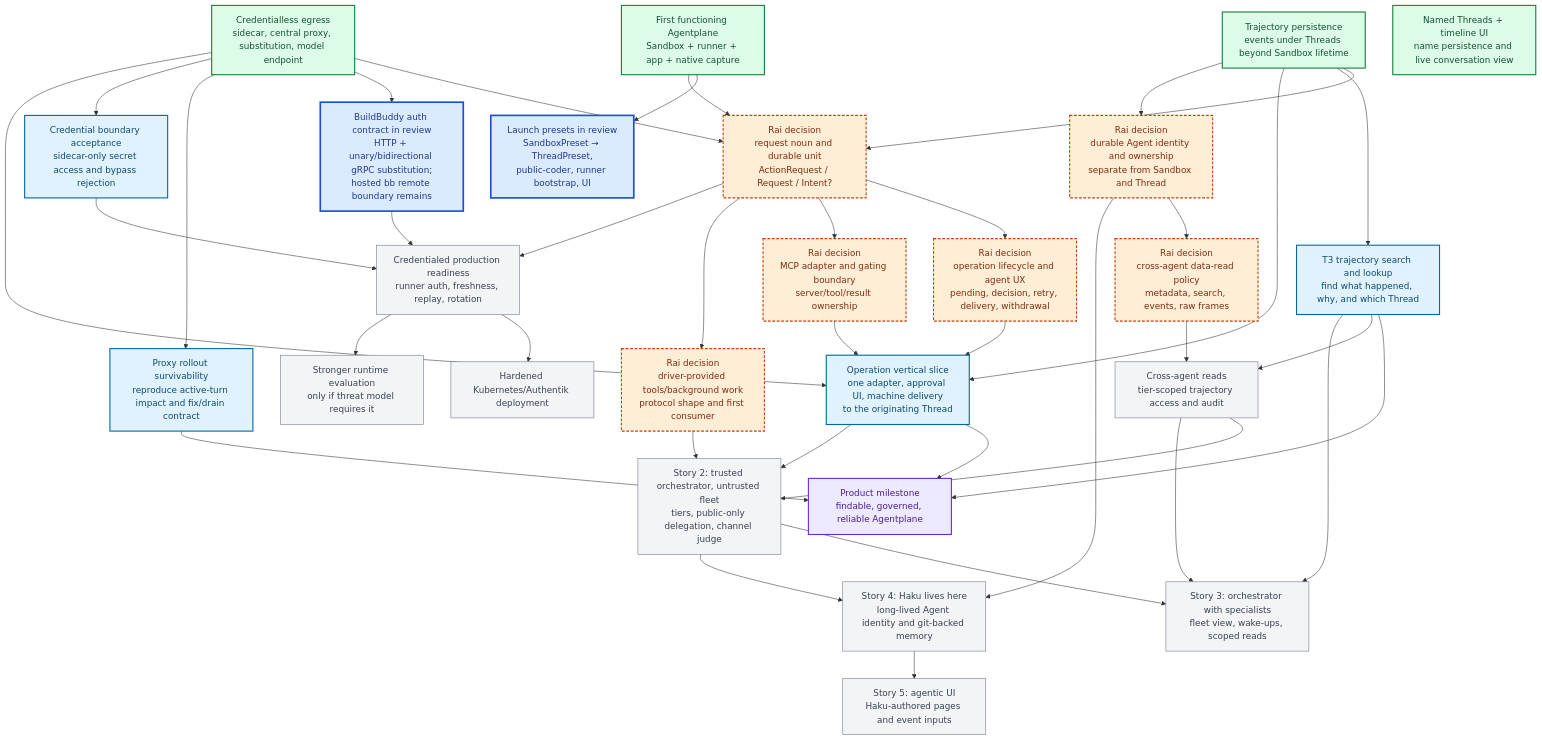
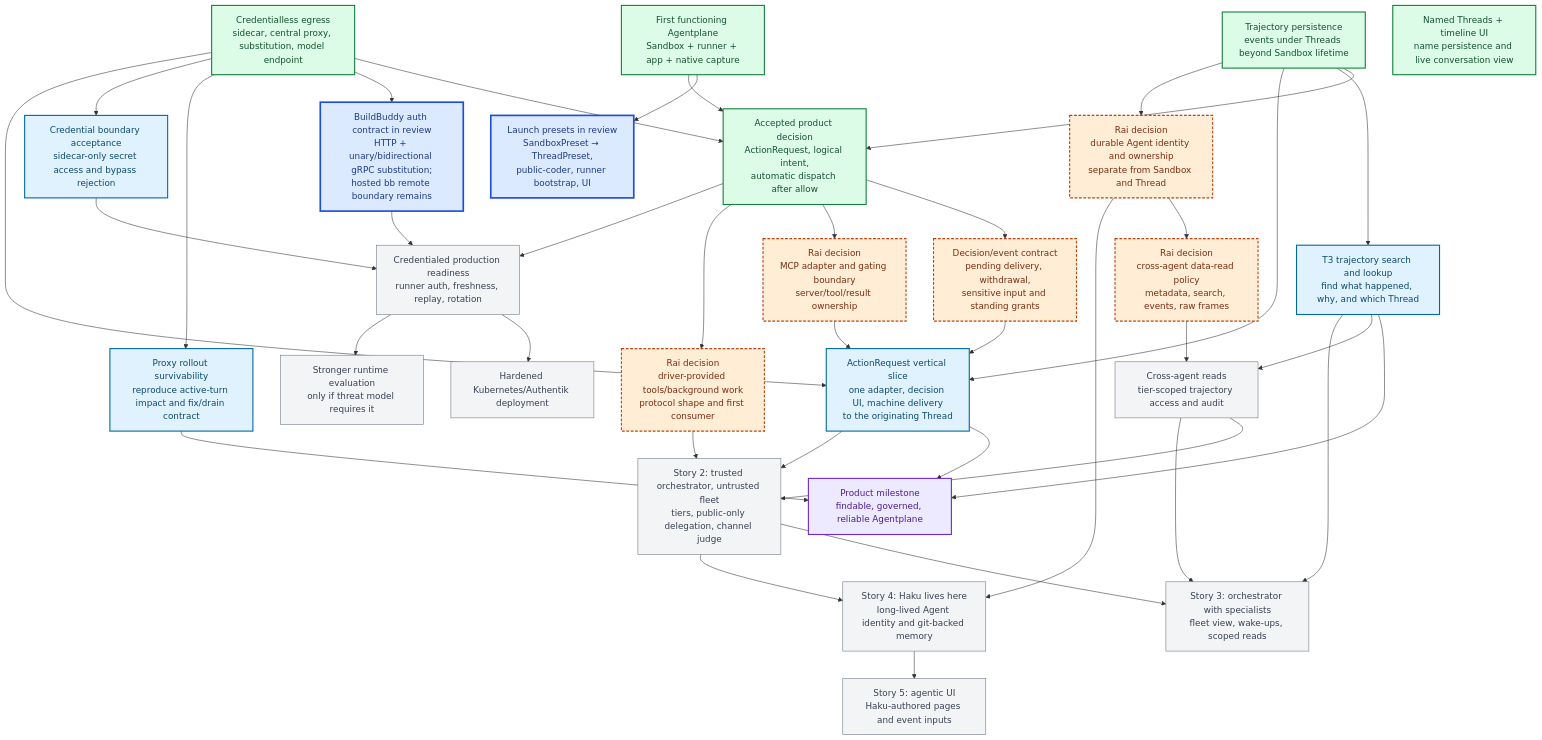
The diagram in x/agentplane/plans/task_dag.md (agentydragon/ducktape), drawn with Mermaid before and after one commit. The commit also changed other lines of this file and 1 other file, not shown here.

First line of the commit message:
docs(agentplane): record ActionRequest v0 decisions (#5655)

````diff
--- a/x/agentplane/plans/task_dag.md
+++ b/x/agentplane/plans/task_dag.md
@@ -51,77 +51,77 @@
 ```mermaid
 flowchart TB
     classDef completed fill:#dcfce7,stroke:#15803d,color:#14532d,stroke-width:2px
     classDef active fill:#dbeafe,stroke:#1d4ed8,color:#1e3a8a,stroke-width:3px
     classDef ready fill:#e0f2fe,stroke:#0369a1,color:#0c4a6e,stroke-width:2px
     classDef milestone fill:#ede9fe,stroke:#6d28d9,color:#4c1d95,stroke-width:2px
     classDef decision fill:#ffedd5,stroke:#c2410c,color:#7c2d12,stroke-width:2px,stroke-dasharray:5 3
     classDef future fill:#f3f4f6,stroke:#6b7280,color:#374151
 
     F0["First functioning Agentplane<br/>Sandbox + runner + app + native capture"]:::completed
     J["Credentialless egress<br/>sidecar, central proxy, substitution, model endpoint"]:::completed
     T1["Trajectory persistence<br/>events under Threads beyond Sandbox lifetime"]:::completed
     T2["Named Threads + timeline UI<br/>name persistence and live conversation view"]:::completed
 
     LP["Launch presets in review<br/>SandboxPreset → ThreadPreset,<br/>public-coder, runner bootstrap, UI"]:::active
     BB["BuildBuddy auth contract in review<br/>HTTP + unary/bidirectional gRPC substitution;<br/>hosted bb remote boundary remains"]:::active
 
-    OPD["Rai decision<br/>request noun and durable unit<br/>ActionRequest / Request / Intent?"]:::decision
-    OPS["Rai decision<br/>operation lifecycle and agent UX<br/>pending, decision, retry, delivery, withdrawal"]:::decision
+    OPD["Accepted product decision<br/>ActionRequest, logical intent,<br/>automatic dispatch after allow"]:::completed
+    OPS["Decision/event contract<br/>pending delivery, withdrawal,<br/>sensitive input and standing grants"]:::decision
     MCPD["Rai decision<br/>MCP adapter and gating boundary<br/>server/tool/result ownership"]:::decision
-    OPI["Operation vertical slice<br/>one adapter, approval UI, machine delivery<br/>to the originating Thread"]:::ready
+    OPI["ActionRequest vertical slice<br/>one adapter, decision UI, machine delivery<br/>to the originating Thread"]:::ready
 
     T3["T3 trajectory search and lookup<br/>find what happened, why, and which Thread"]:::ready
     PR["Proxy rollout survivability<br/>reproduce active-turn impact and fix/drain contract"]:::ready
     SEC["Credential boundary acceptance<br/>sidecar-only secret access and bypass rejection"]:::ready
 
     AGD["Rai decision<br/>durable Agent identity and ownership<br/>separate from Sandbox and Thread"]:::decision
     DATAD["Rai decision<br/>cross-agent data-read policy<br/>metadata, search, events, raw frames"]:::decision
     XREAD["Cross-agent reads<br/>tier-scoped trajectory access and audit"]:::future
 
     DT["Rai decision<br/>driver-provided tools/background work<br/>protocol shape and first consumer"]:::decision
     N["Story 2: trusted orchestrator, untrusted fleet<br/>tiers, public-only delegation, channel judge"]:::future
     O["Story 3: orchestrator with specialists<br/>fleet view, wake-ups, scoped reads"]:::future
     HK["Story 4: Haku lives here<br/>long-lived Agent identity and git-backed memory"]:::future
     UI["Story 5: agentic UI<br/>Haku-authored pages and event inputs"]:::future
     L["Credentialed production readiness<br/>runner auth, freshness, replay, rotation"]:::future
     V["Stronger runtime evaluation<br/>only if threat model requires it"]:::future
     W["Hardened Kubernetes/Authentik deployment"]:::future
     F["Product milestone<br/>findable, governed, reliable Agentplane"]:::milestone
 
     F0 --> LP
     F0 --> OPD
     J --> OPD
     J --> BB
     T1 --> OPD
     T1 --> T3
     J --> PR
     J --> SEC
     OPD --> OPS
     OPD --> MCPD
     OPS --> OPI
     MCPD --> OPI
     J --> OPI
     T1 --> OPI
     T3 --> F
     OPI --> F
     PR --> F
     SEC --> L
     BB --> L
     OPD --> DT
     T1 --> AGD
     AGD --> DATAD
     T3 --> XREAD
     DATAD --> XREAD
     OPI --> N
     XREAD --> N
     DT --> N
     N --> O
     XREAD --> O
     T3 --> O
     N --> HK
     AGD --> HK
     HK --> UI
     L --> W
     OPD --> L
     L --> V
 ```
````
